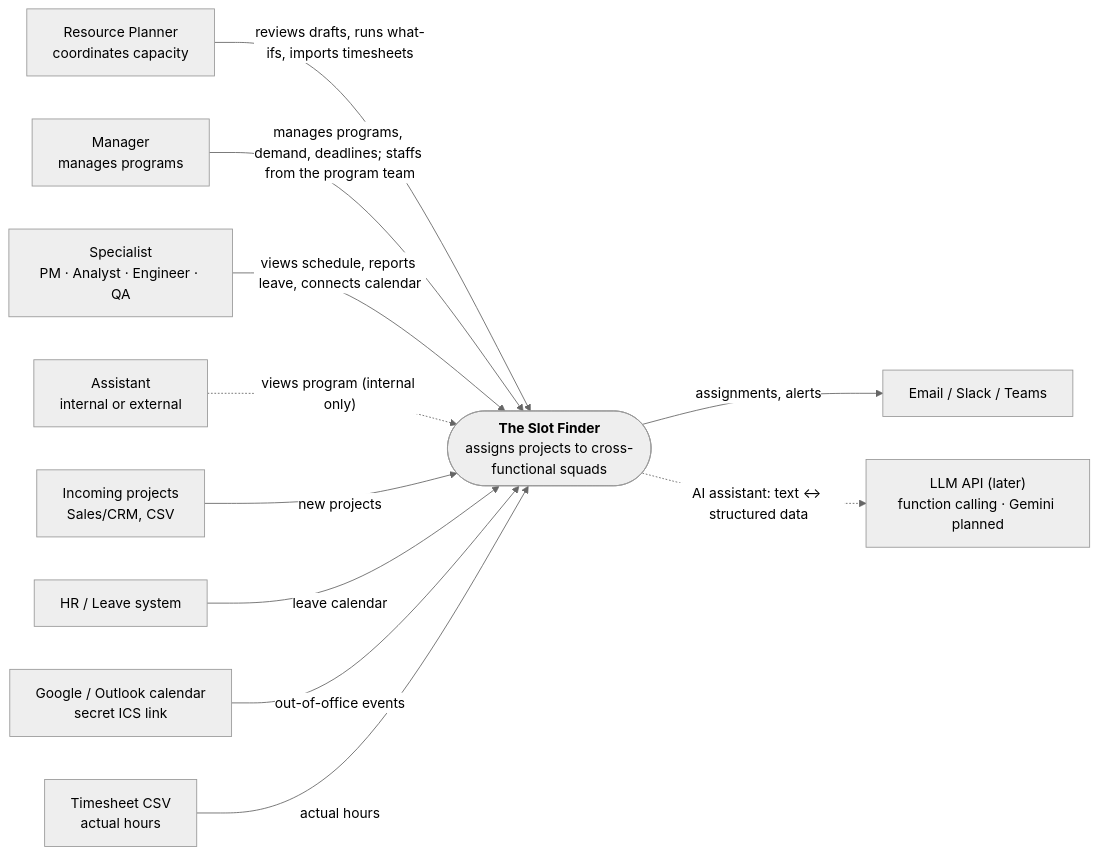
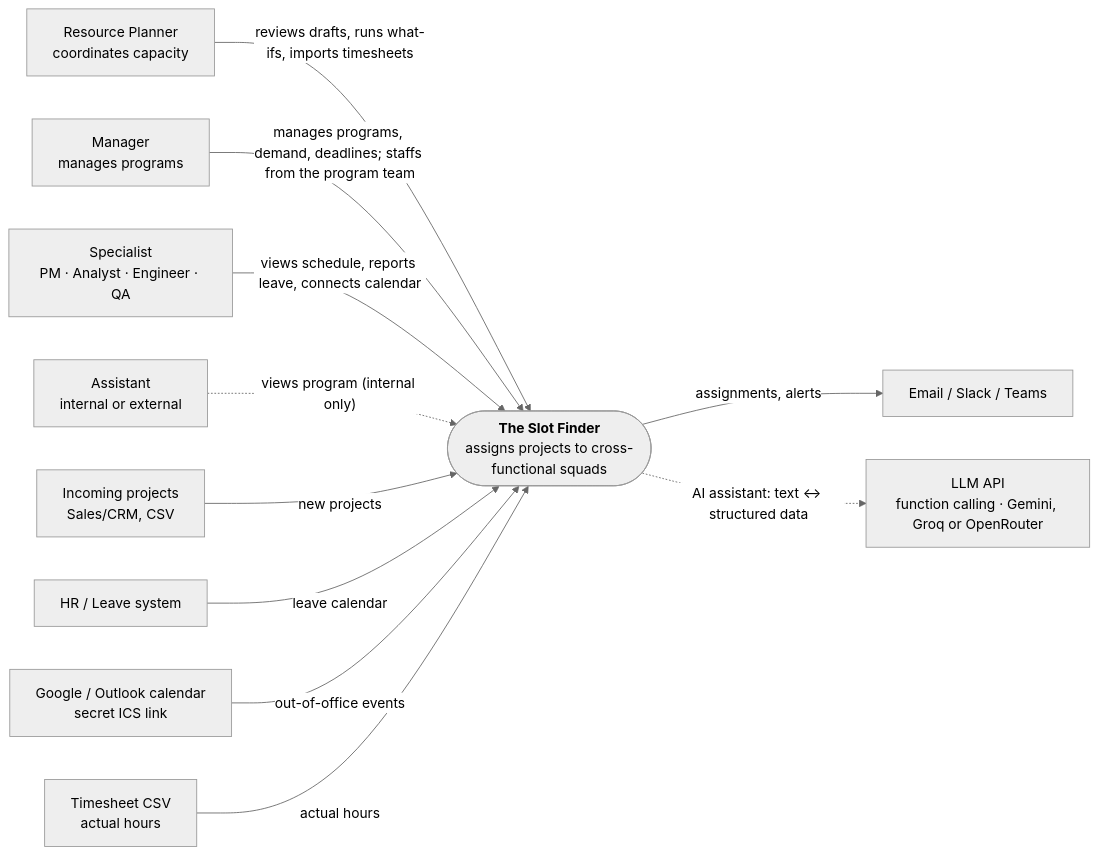
One commit to dophnamm/the-slot-finder changed the first of 14 diagrams in README.md. Above: the diagram before and after it, drawn with Mermaid (neutral theme). The commit also changed other lines of this file and 4 other files, not shown here.

````diff
--- a/README.md
+++ b/README.md
@@ -62,25 +62,25 @@
 ```mermaid
 flowchart LR
   planner["Resource Planner<br/>coordinates capacity"]
   lead["Manager<br/>manages programs"]
   spec["Specialist<br/>PM · Analyst · Engineer · QA"]
   assistant["Assistant<br/>internal or external"]
   sf(["<b>The Slot Finder</b><br/>assigns projects to cross-functional squads"])
   intake["Incoming projects<br/>Sales/CRM, CSV"]
   hr["HR / Leave system"]
   cal["Google / Outlook calendar<br/>secret ICS link"]
   timesheet["Timesheet CSV<br/>actual hours"]
   notify["Email / Slack / Teams"]
-  llm["LLM API (later)<br/>function calling · Gemini planned"]
+  llm["LLM API<br/>function calling · Gemini, Groq or OpenRouter"]
 
   planner -->|"reviews drafts, runs what-ifs, imports timesheets"| sf
   lead -->|"manages programs, demand, deadlines; staffs from the program team"| sf
   spec -->|"views schedule, reports leave, connects calendar"| sf
   assistant -.->|"views program (internal only)"| sf
   intake -->|"new projects"| sf
   hr -->|"leave calendar"| sf
   cal -->|"out-of-office events"| sf
   timesheet -->|"actual hours"| sf
   sf -->|"assignments, alerts"| notify
   sf -.->|"AI assistant: text ↔ structured data"| llm
 ```
````
